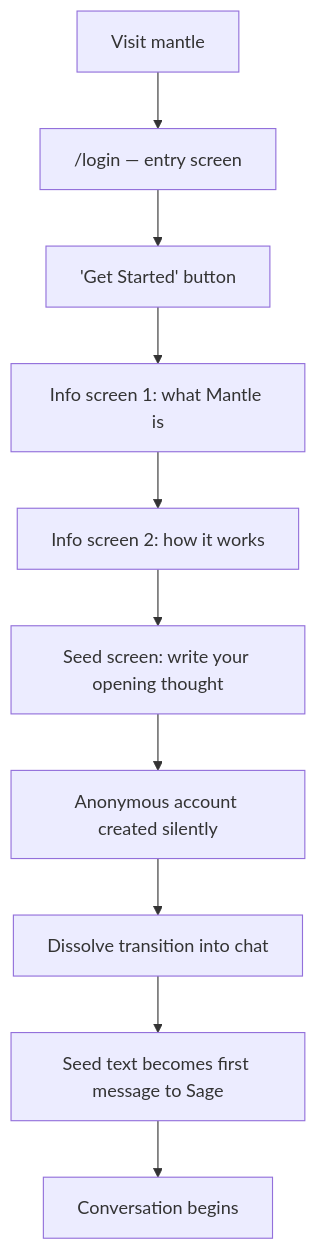
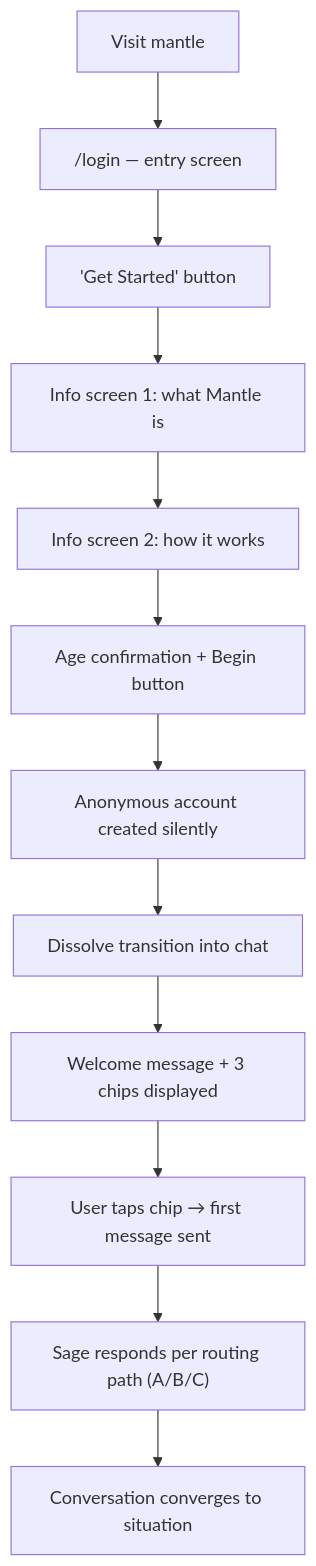
Before and after one commit to h2onation/mantle: the first of 6 diagrams in .claude/diagrams/user-flows.md, drawn with Mermaid. The commit also changed 9 other files, not shown here.

First line of the commit message:
Sage opening: chip-based routing replaces seed text entry

````diff
--- a/.claude/diagrams/user-flows.md
+++ b/.claude/diagrams/user-flows.md
@@ -5,12 +5,14 @@
 ```mermaid
 flowchart TD
     A["Visit mantle"] --> B["/login — entry screen"]
     B --> C["'Get Started' button"]
     C --> D["Info screen 1: what Mantle is"]
     D --> E["Info screen 2: how it works"]
-    E --> F["Seed screen: write your opening thought"]
+    E --> F["Age confirmation + Begin button"]
     F --> G["Anonymous account created silently"]
     G --> H["Dissolve transition into chat"]
-    H --> I["Seed text becomes first message to Sage"]
-    I --> J["Conversation begins"]
+    H --> I["Welcome message + 3 chips displayed"]
+    I --> J["User taps chip → first message sent"]
+    J --> K["Sage responds per routing path (A/B/C)"]
+    K --> L["Conversation converges to situation"]
 ```
````
